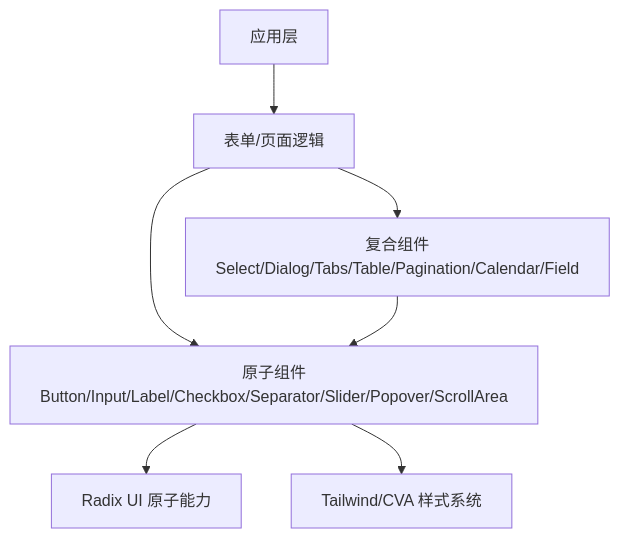
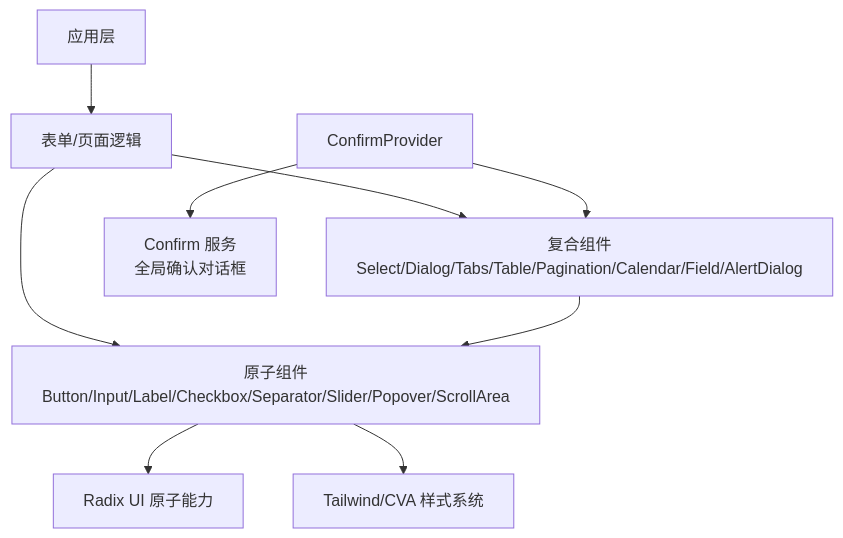
The second of 3 diagrams in .qoder/repowiki/zh/content/前端组件/UI 组件库.md (RadiumAg/AIGate), drawn with Mermaid before and after one commit. The commit also changed other lines of this file and 3 other files, not shown here.

````diff
--- a/.qoder/repowiki/zh/content/前端组件/UI 组件库.md
+++ b/.qoder/repowiki/zh/content/前端组件/UI 组件库.md
@@ -169,9 +186,11 @@
 ```mermaid
 graph TB
 A["应用层"] --> B["表单/页面逻辑"]
-B --> C["复合组件<br/>Select/Dialog/Tabs/Table/Pagination/Calendar/Field"]
+B --> C["复合组件<br/>Select/Dialog/Tabs/Table/Pagination/Calendar/Field/AlertDialog"]
 B --> D["原子组件<br/>Button/Input/Label/Checkbox/Separator/Slider/Popover/ScrollArea"]
 C --> D
 D --> E["Radix UI 原子能力"]
 D --> F["Tailwind/CVA 样式系统"]
+G["ConfirmProvider"] --> C
+G --> H["Confirm 服务<br/>全局确认对话框"]
 ```
````
